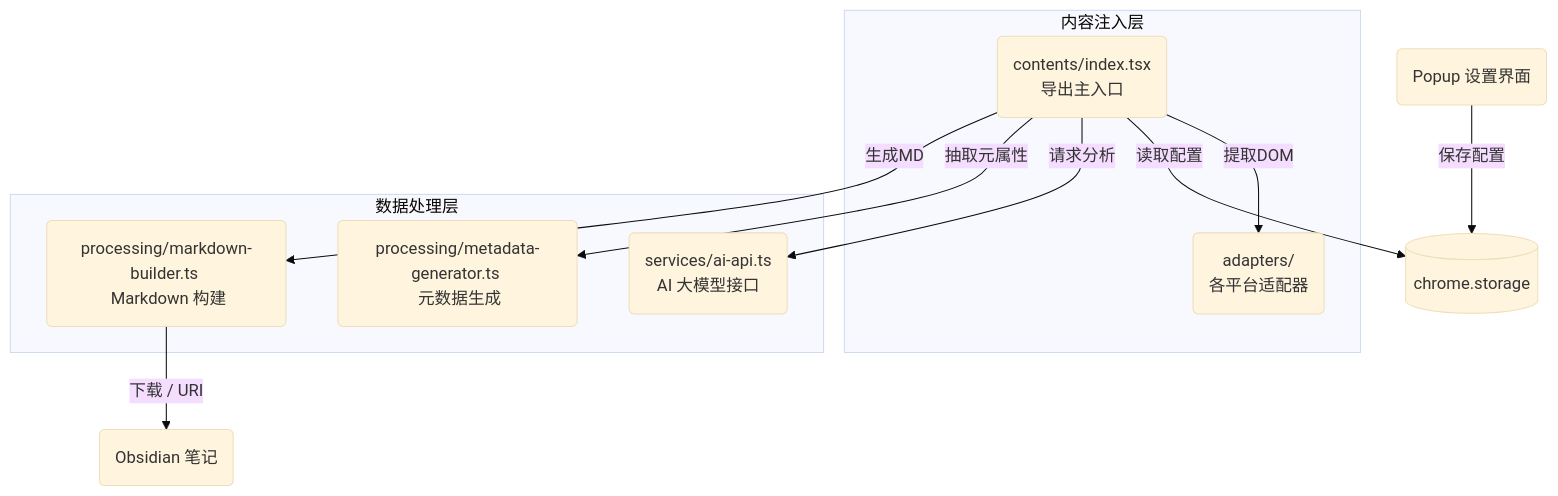
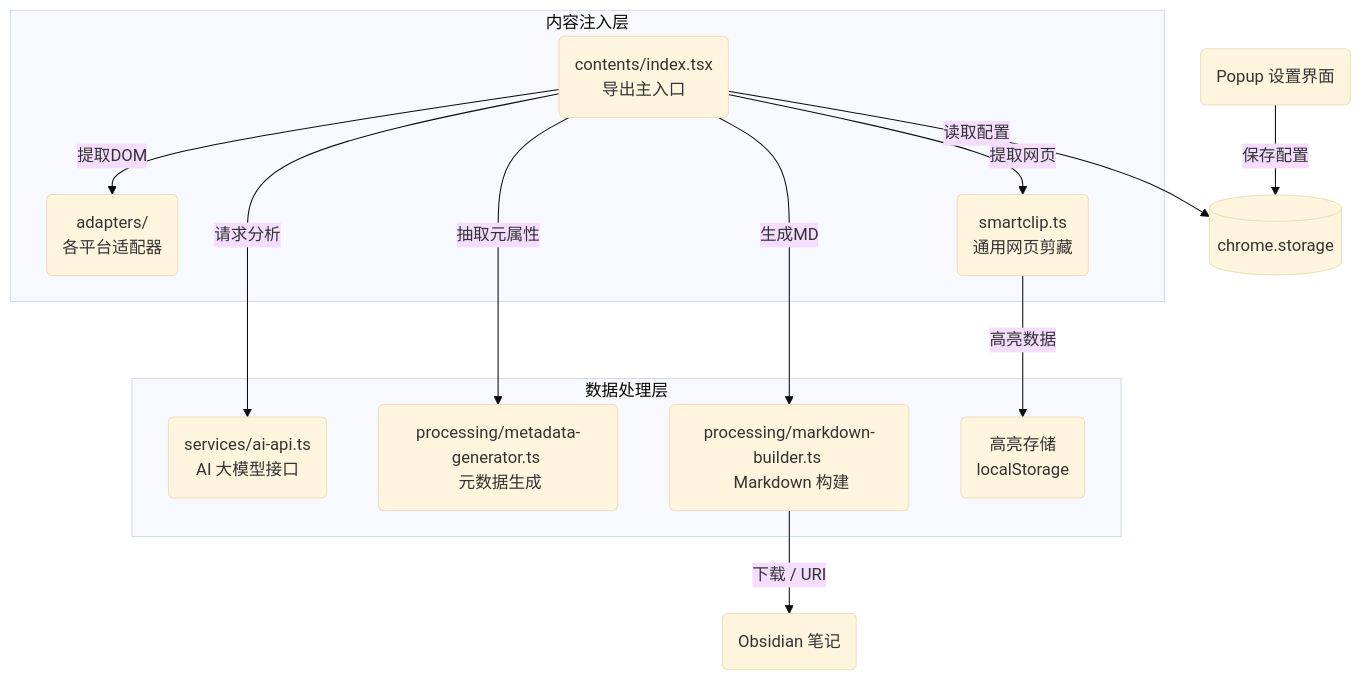
One commit to ET06731/Memflow changed the diagram in README.md. Above: the diagram before and after it, drawn with Mermaid (base theme). The commit also changed other lines of this file, not shown here.

````diff
--- a/README.md
+++ b/README.md
@@ -54,22 +74,26 @@
 ```mermaid
 graph TD
     subtitles(Popup 设置界面) -->|保存配置| storage[(chrome.storage)]
-    
+
     subgraph Content Scripts [内容注入层]
         main(contents/index.tsx <br/> 导出主入口)
         adapters(adapters/ <br/> 各平台适配器)
+        smartclip(smartclip.ts <br/> 通用网页剪藏)
     end
-    
+
     subgraph Data Processing [数据处理层]
         ai(services/ai-api.ts <br/> AI 大模型接口)
         meta(processing/metadata-generator.ts <br/> 元数据生成)
         build(processing/markdown-builder.ts <br/> Markdown 构建)
+        highlight(高亮存储 <br/> localStorage)
     end
-    
+
     main -->|提取DOM| adapters
+    main -->|提取网页| smartclip
     main -->|读取配置| storage
     main -->|请求分析| ai
     main -->|抽取元属性| meta
     main -->|生成MD| build
     build -->|下载 / URI| obsidian(Obsidian 笔记)
+    smartclip -->|高亮数据| highlight
 ```
````
